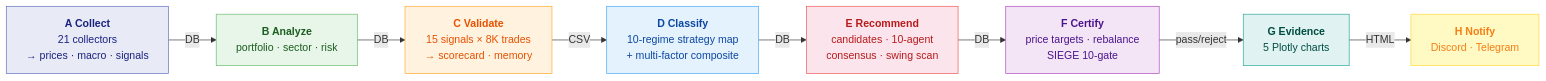
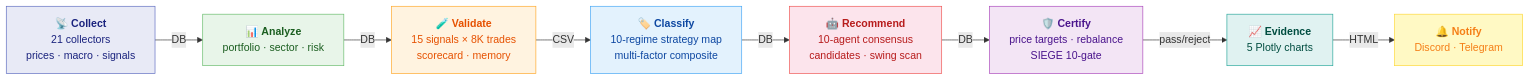
Before and after one commit to researcherhojin/nuri-quant: the diagram in README.md, drawn with Mermaid. The commit also changed other lines of this file, not shown here.

Commit message:
style: add emoji to pipeline mermaid nodes and details table

````diff
--- a/README.md
+++ b/README.md
@@ -19,22 +19,22 @@
 ```mermaid
 graph LR
-    A["<b>A Collect</b><br/>21 collectors<br/>→ prices · macro · signals"]
-    B["<b>B Analyze</b><br/>portfolio · sector · risk"]
-    C["<b>C Validate</b><br/>15 signals × 8K trades<br/>→ scorecard · memory"]
-    D["<b>D Classify</b><br/>10-regime strategy map<br/>+ multi-factor composite"]
-    E["<b>E Recommend</b><br/>candidates · 10-agent<br/>consensus · swing scan"]
-    F["<b>F Certify</b><br/>price targets · rebalance<br/>SIEGE 10-gate"]
-    G["<b>G Evidence</b><br/>5 Plotly charts"]
-    H["<b>H Notify</b><br/>Discord · Telegram"]
+    A["📡 <b>Collect</b><br/>21 collectors<br/>prices · macro · signals"]
+    B["📊 <b>Analyze</b><br/>portfolio · sector · risk"]
+    C["🧪 <b>Validate</b><br/>15 signals × 8K trades<br/>scorecard · memory"]
+    D["🏷️ <b>Classify</b><br/>10-regime strategy map<br/>multi-factor composite"]
+    E["🤖 <b>Recommend</b><br/>10-agent consensus<br/>candidates · swing scan"]
+    F["🛡️ <b>Certify</b><br/>price targets · rebalance<br/>SIEGE 10-gate"]
+    G["📈 <b>Evidence</b><br/>5 Plotly charts"]
+    H["🔔 <b>Notify</b><br/>Discord · Telegram"]
 
     A -->|DB| B -->|DB| C -->|CSV| D -->|DB| E -->|DB| F -->|pass/reject| G -->|HTML| H
 
     style A fill:#e8eaf6,stroke:#5c6bc0,color:#1a237e
     style B fill:#e8f5e9,stroke:#66bb6a,color:#1b5e20
     style C fill:#fff3e0,stroke:#ffa726,color:#e65100
     style D fill:#e3f2fd,stroke:#42a5f5,color:#0d47a1
     style E fill:#fce4ec,stroke:#ef5350,color:#b71c1c
     style F fill:#f3e5f5,stroke:#ab47bc,color:#4a148c
     style G fill:#e0f2f1,stroke:#26a69a,color:#004d40
     style H fill:#fff9c4,stroke:#fdd835,color:#f57f17
 ```
````
